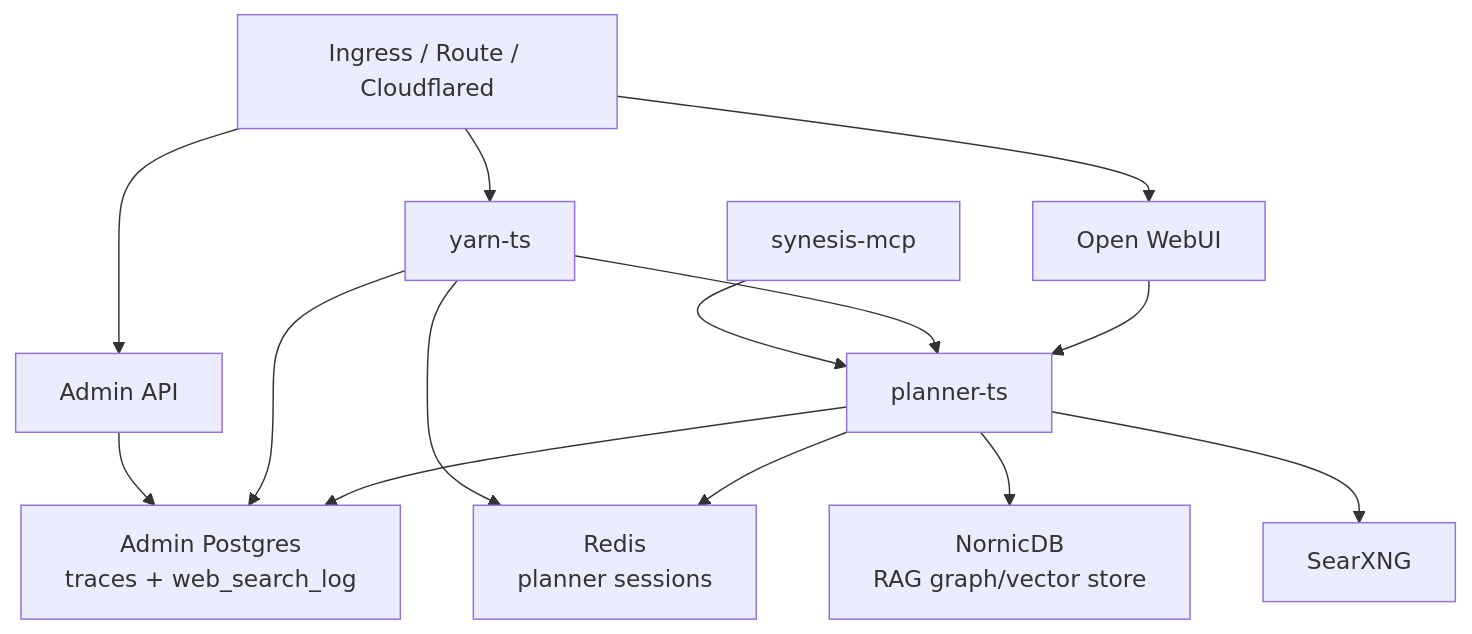
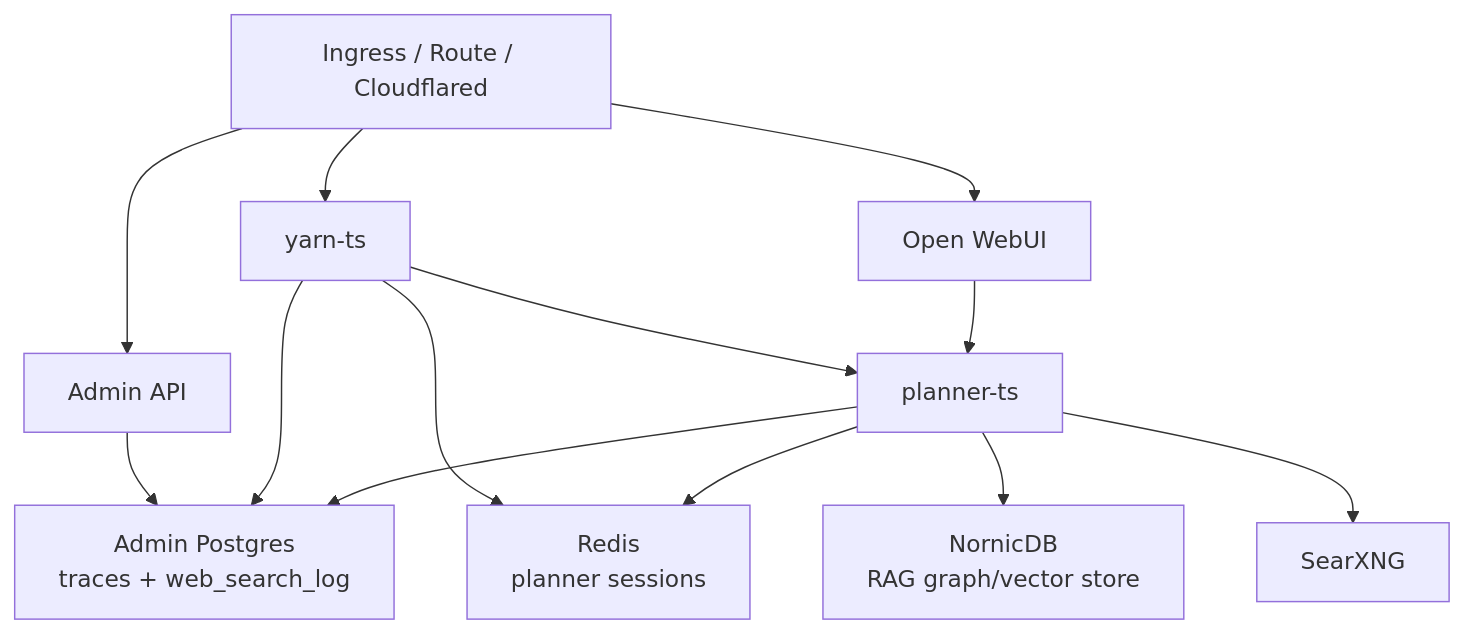
The first of 5 diagrams in docs/SCALING.md (supernovae/synesis), drawn with Mermaid before and after one commit. The commit also changed other lines of this file and 103 other files, not shown here.

````diff
--- a/docs/SCALING.md
+++ b/docs/SCALING.md
@@ -9,18 +15,17 @@
 ```mermaid
 flowchart TD
   Ingress["Ingress / Route / Cloudflared"] --> WebUI["Open WebUI"]
   Ingress --> Admin["Admin API"]
   Ingress --> Yarn["yarn-ts"]
 
   WebUI --> Planner["planner-ts"]
   Yarn --> Planner
-  MCP["synesis-mcp"] --> Planner
 
   Planner --> Redis["Redis\nplanner sessions"]
   Yarn --> Redis
   Planner --> AdminDb["Admin Postgres\ntraces + web_search_log"]
   Yarn --> AdminDb
   Admin --> AdminDb
   Planner --> Nornic["NornicDB\nRAG graph/vector store"]
   Planner --> Search["SearXNG"]
 ```
````
